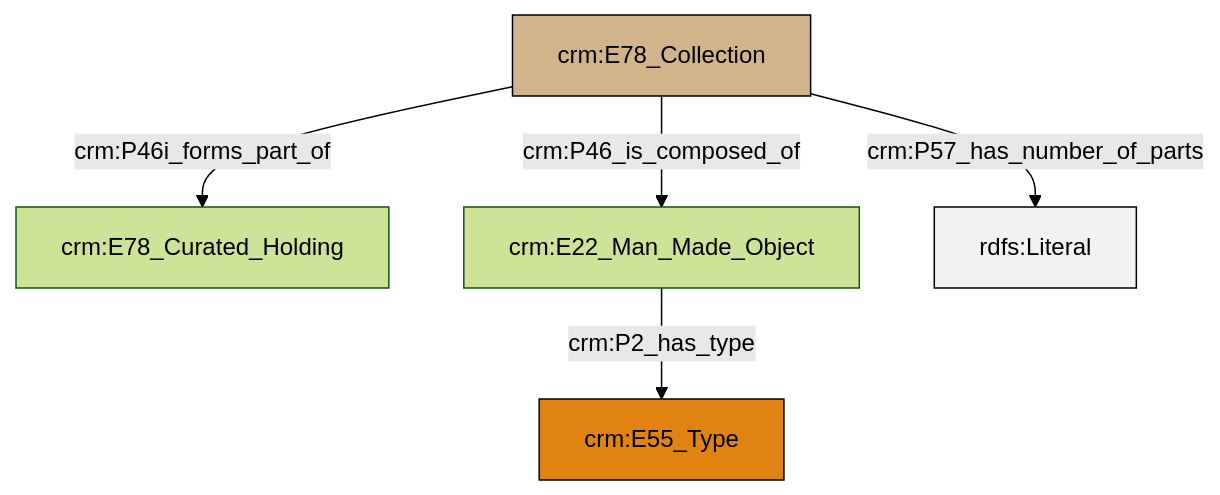
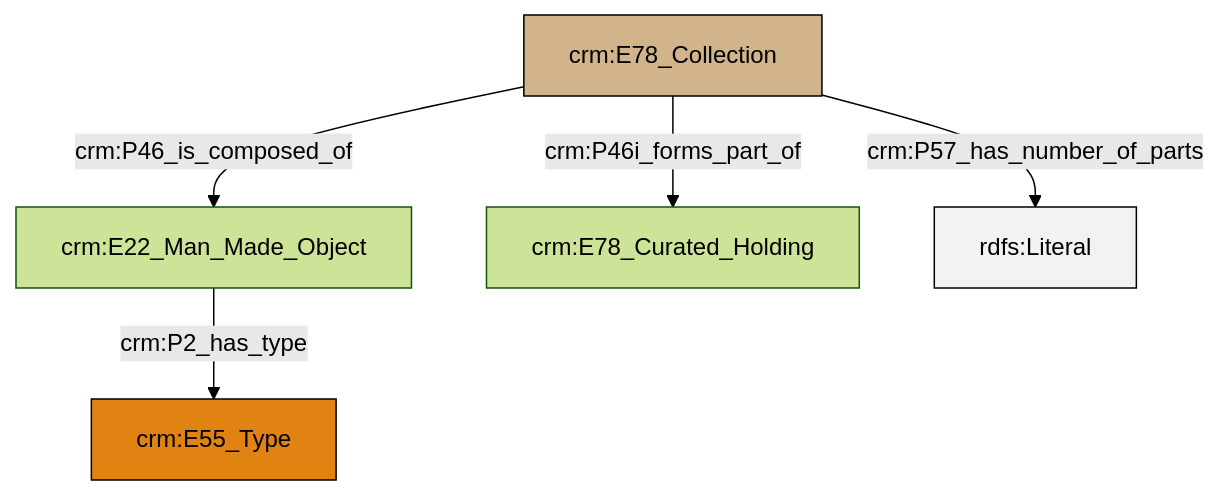
Before and after one commit to swiss-art-research-net/docs.swissartresearch: the diagram in et/archivalCSV/ttl/mmd/archival_parthood.ttl.mmd, drawn with Mermaid (forest theme). The commit also changed 204 other files, not shown here.

```diff
--- a/et/archivalCSV/ttl/mmd/archival_parthood.ttl.mmd
+++ b/et/archivalCSV/ttl/mmd/archival_parthood.ttl.mmd
@@ -1,19 +1,19 @@
 graph TD
 classDef Literal fill:#f2f2f2,stroke:#000000;
 classDef CRM_Entity fill:#FFFFFF,stroke:#000000;
 classDef Temporal_Entity fill:#00C9E6, stroke:#000000;
 classDef Type fill:#E18312, stroke:#000000;
 classDef Time-Span fill:#2C9C91, stroke:#000000;
 classDef Appellation fill:#FFEB7F, stroke:#000000;
 classDef Place fill:#008836, stroke:#000000;
 classDef Persistent_Item fill:#B266B2, stroke:#000000;
 classDef Conceptual_Object fill:#FFD700, stroke:#000000;
 classDef Physical_Thing fill:#D2B48C, stroke:#000000;
 classDef Actor fill:#f58aad, stroke:#000000;
 classDef PC_Classes fill:#4ce600, stroke:#000000;
 classDef Multi fill:#cccccc,stroke:#000000;
 
-0["crm:E78_Collection"]:::Physical_Thing -->|crm:P46i_forms_part_of| 1["crm:E78_Curated_Holding"]:::Default
-0["crm:E78_Collection"]:::Physical_Thing -->|crm:P46_is_composed_of| 2["crm:E22_Man_Made_Object"]:::Default
-2["crm:E22_Man_Made_Object"]:::Default -->|crm:P2_has_type| 3["crm:E55_Type"]:::Type
-0["crm:E78_Collection"]:::Physical_Thing -->|crm:P57_has_number_of_parts| 7[rdfs:Literal]:::Literal
+2["crm:E78_Collection"]:::Physical_Thing -->|crm:P46i_forms_part_of| 3["crm:E78_Curated_Holding"]:::Default
+2["crm:E78_Collection"]:::Physical_Thing -->|crm:P46_is_composed_of| 0["crm:E22_Man_Made_Object"]:::Default
+0["crm:E22_Man_Made_Object"]:::Default -->|crm:P2_has_type| 6["crm:E55_Type"]:::Type
+2["crm:E78_Collection"]:::Physical_Thing -->|crm:P57_has_number_of_parts| 8[rdfs:Literal]:::Literal
```
